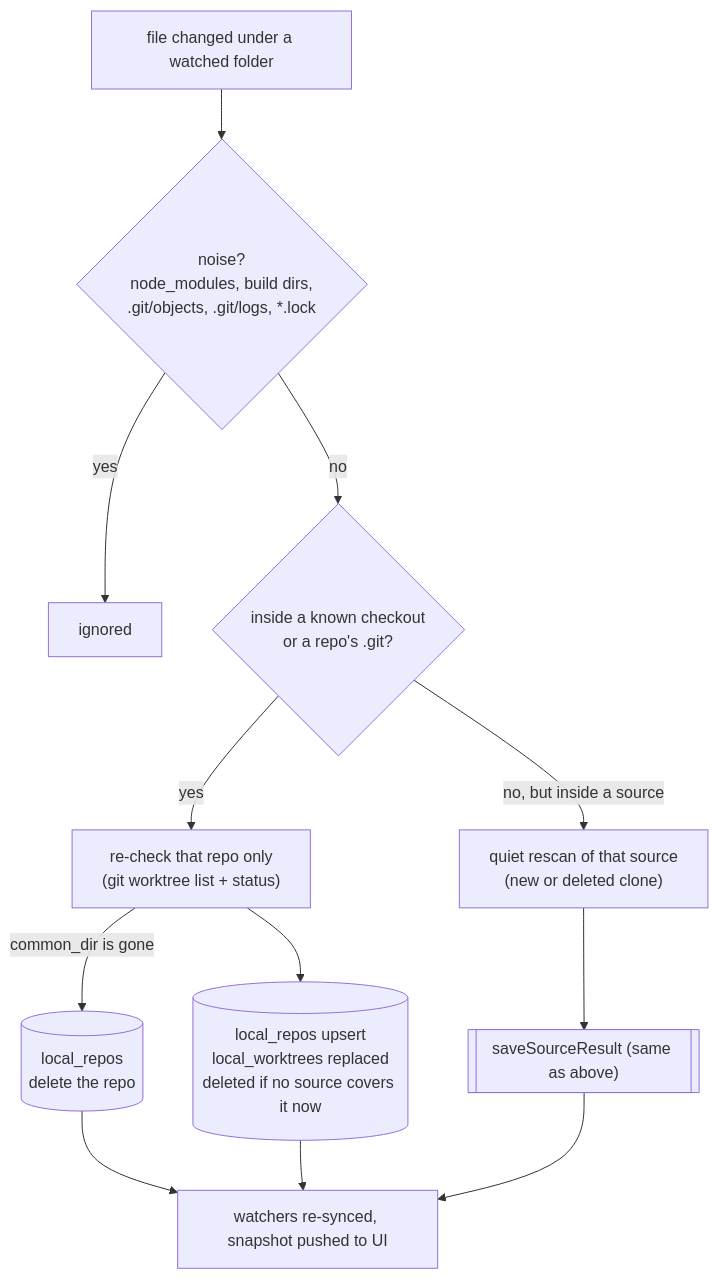
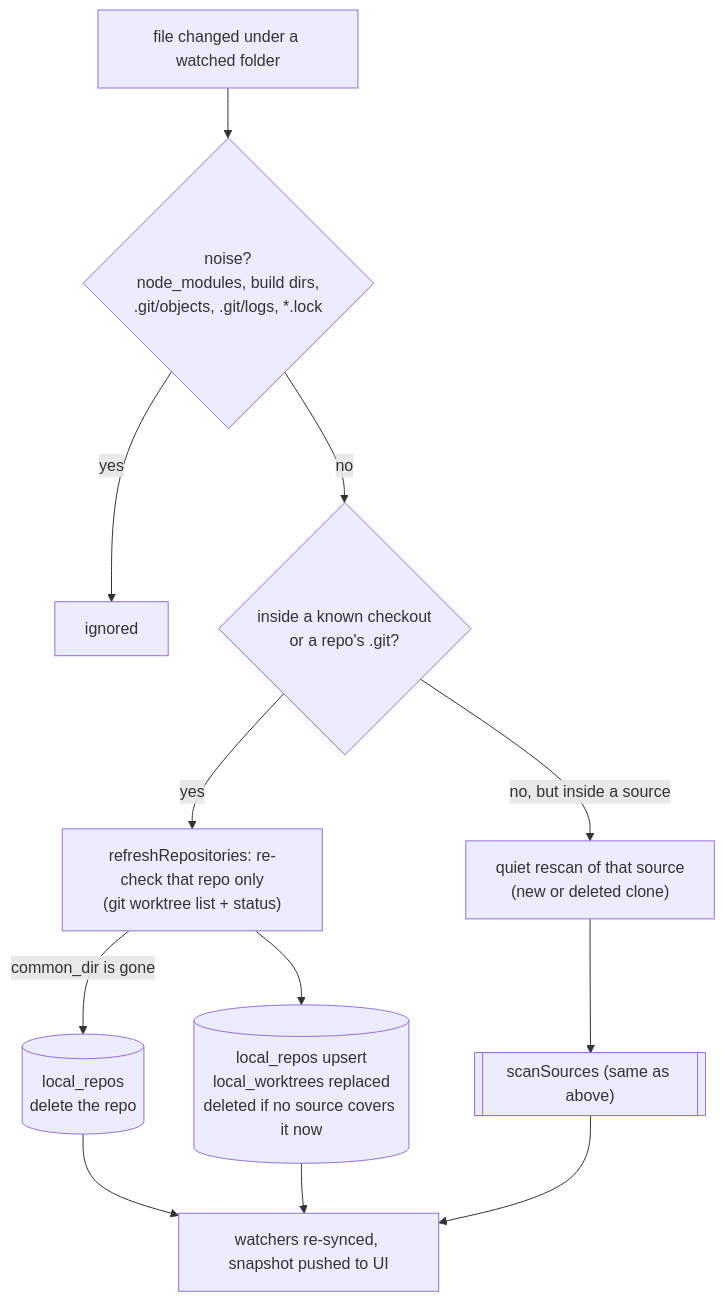
Before and after one commit to idotalmor/the-garage-desktop-rn: the third of 3 diagrams in src/main/local-repos/db/tables/README.md, drawn with Mermaid. The commit also changed other lines of this file and 55 other files, not shown here.

First line of the commit message:
Refactor: git and sqlite libraries, per-table schema/mapper/queries, use-cases layer

````diff
--- a/src/main/local-repos/db/tables/README.md
+++ b/src/main/local-repos/db/tables/README.md
@@ -118,14 +120,14 @@
 ```mermaid
 flowchart TD
   W[file changed under a watched folder] --> N{"noise?<br/>node_modules, build dirs,<br/>.git/objects, .git/logs, *.lock"}
   N -- yes --> X[ignored]
   N -- no --> K{"inside a known checkout<br/>or a repo's .git?"}
-  K -- yes --> R["re-check that repo only<br/>(git worktree list + status)"]
+  K -- yes --> R["refreshRepositories: re-check that repo only<br/>(git worktree list + status)"]
   R --> R1[(local_repos upsert<br/>local_worktrees replaced<br/>deleted if no source covers it now)]
   R -- common_dir is gone --> D[(local_repos<br/>delete the repo)]
   D --> U
   K -- no, but inside a source --> S["quiet rescan of that source<br/>(new or deleted clone)"]
-  S --> I[["saveSourceResult (same as above)"]]
+  S --> I[["scanSources (same as above)"]]
   R1 --> U[watchers re-synced, snapshot pushed to UI]
   I --> U
 ```
````
